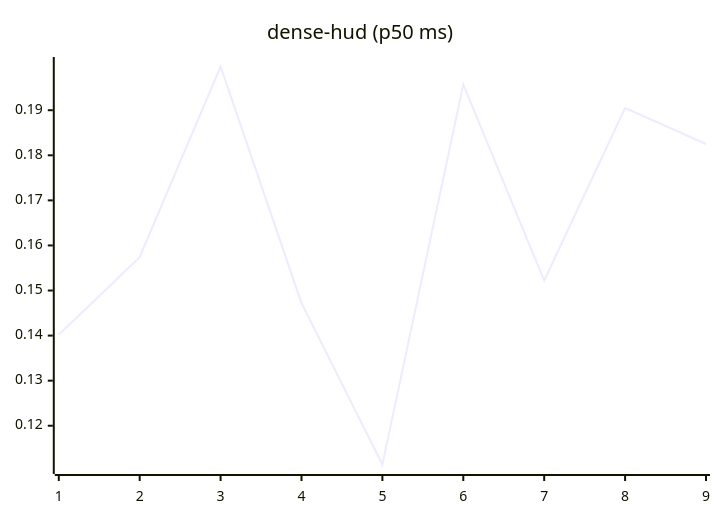
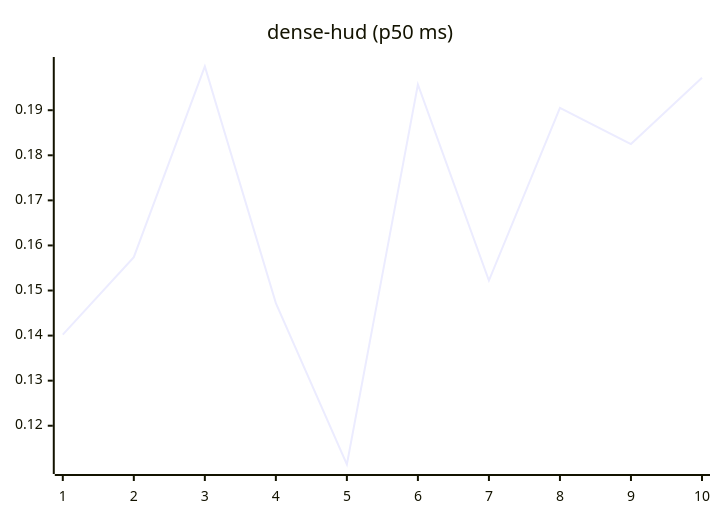
One commit to josha/Facet changed the eighth of 27 diagrams in README.md. Above: the diagram before and after it, drawn with Mermaid. The commit also changed other lines of this file and 2 other files, not shown here.

````diff
--- a/README.md
+++ b/README.md
@@ -112,6 +112,6 @@
 ```mermaid
 xychart-beta
     title "dense-hud (p50 ms)"
-    x-axis 1 --> 9
-    line [0.1402, 0.1574, 0.1997, 0.1472, 0.1114, 0.1957, 0.1522, 0.1905, 0.1825]
+    x-axis 1 --> 10
+    line [0.1402, 0.1574, 0.1997, 0.1472, 0.1114, 0.1957, 0.1522, 0.1905, 0.1825, 0.1972]
 ```
````
